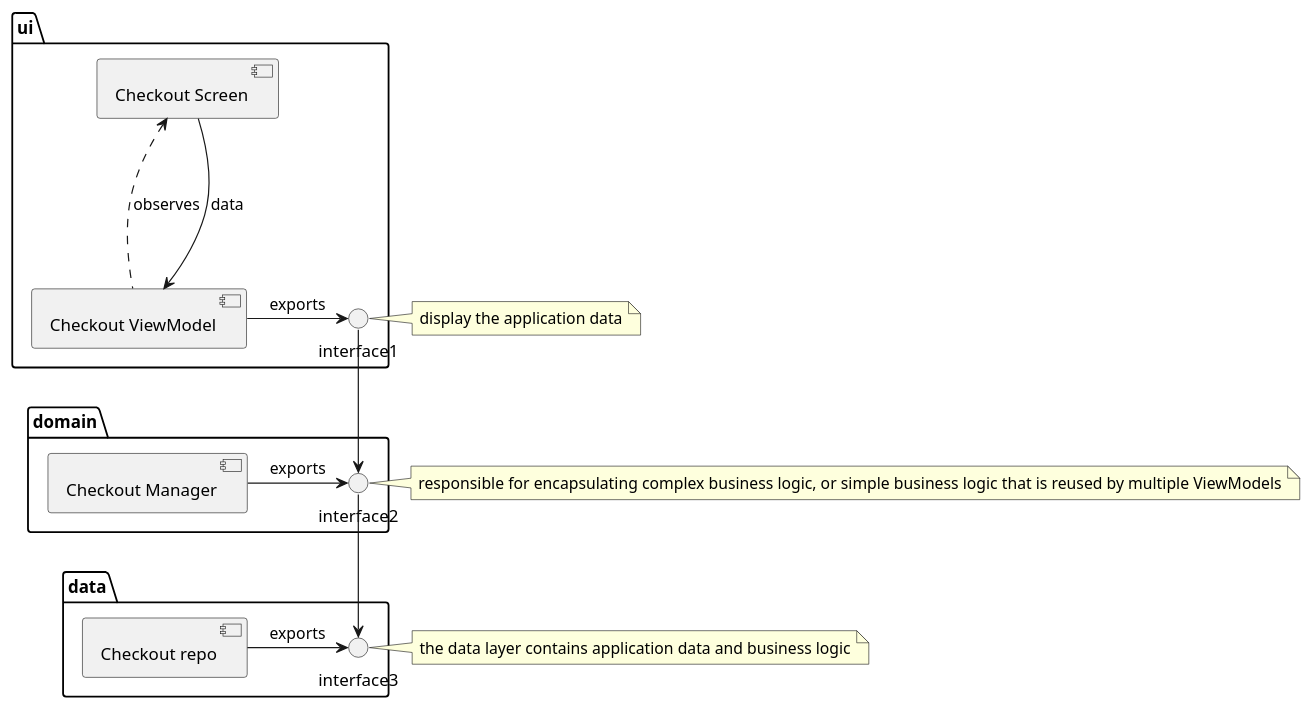
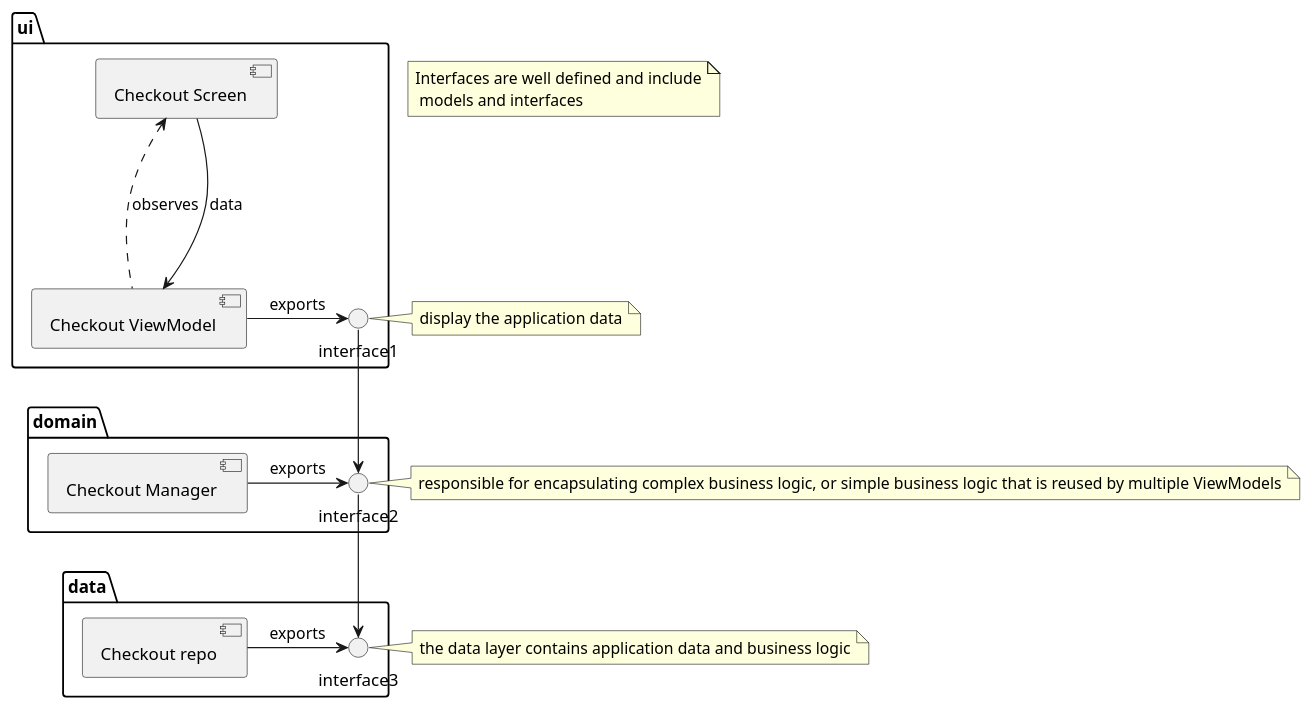
Before and after one commit to aoriani/WeatherApp: the diagram in doc/generalArch.puml, drawn with PlantUML.

Commit message:
Diagrams

```diff
--- a/doc/generalArch.puml
+++ b/doc/generalArch.puml
@@ -1,34 +1,36 @@
 @startuml
 package ui {
     [Checkout Screen]
     [Checkout ViewModel]
     interface interface1
 }
 note right
  display the application data
 endnote
 package domain {
     [Checkout Manager]
     interface interface2
 }
 note right
     responsible for encapsulating complex business logic, or simple business logic that is reused by multiple ViewModels
 endnote
 package data {
     [Checkout repo]
     interface interface3
  }
 note right
      the data layer contains application data and business logic
 end note
 
+note "Interfaces are well defined and include\n models and interfaces" as note1
+
 [interface1] -down-> [interface2]
 [interface2] -down-> [interface3]
 [Checkout ViewModel] -right-> [interface1] : exports
 [Checkout Manager] -right-> [interface2] : exports
 [Checkout repo] -right-> [interface3] : exports
 [Checkout ViewModel] -up..> [Checkout Screen] : observes
 [Checkout Screen] -down-> [Checkout ViewModel] : data
 
 
 @enduml
```
